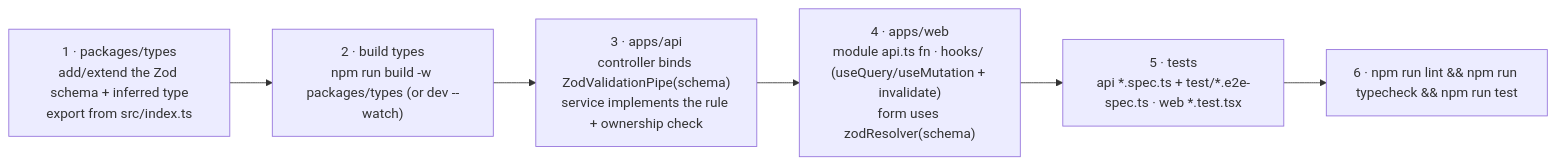
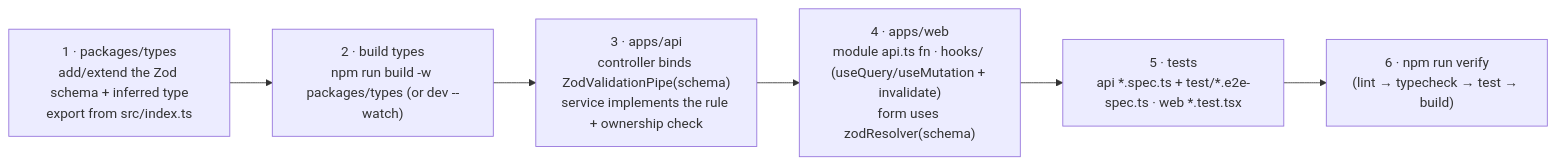
The diagram in docs/src/content/docs/en/development-guide.md (Emberalab/Agendya), drawn with Mermaid before and after one commit. The commit also changed other lines of this file and 5 other files, not shown here.

Commit message:
create npm run verify command to run all in just one command

````diff
--- a/docs/src/content/docs/en/development-guide.md
+++ b/docs/src/content/docs/en/development-guide.md
@@ -65,8 +66,8 @@
 ```mermaid
 flowchart LR
   A["1 · packages/types<br/>add/extend the Zod schema + inferred type<br/>export from src/index.ts"] --> B["2 · build types<br/>npm run build -w packages/types (or dev --watch)"]
   B --> C["3 · apps/api<br/>controller binds ZodValidationPipe(schema)<br/>service implements the rule + ownership check"]
   C --> D["4 · apps/web<br/>module api.ts fn · hooks/ (useQuery/useMutation + invalidate)<br/>form uses zodResolver(schema)"]
   D --> E["5 · tests<br/>api *.spec.ts + test/*.e2e-spec.ts · web *.test.tsx"]
-  E --> F["6 · npm run lint && npm run typecheck && npm run test"]
+  E --> F["6 · npm run verify<br/>(lint → typecheck → test → build)"]
 ```
````
